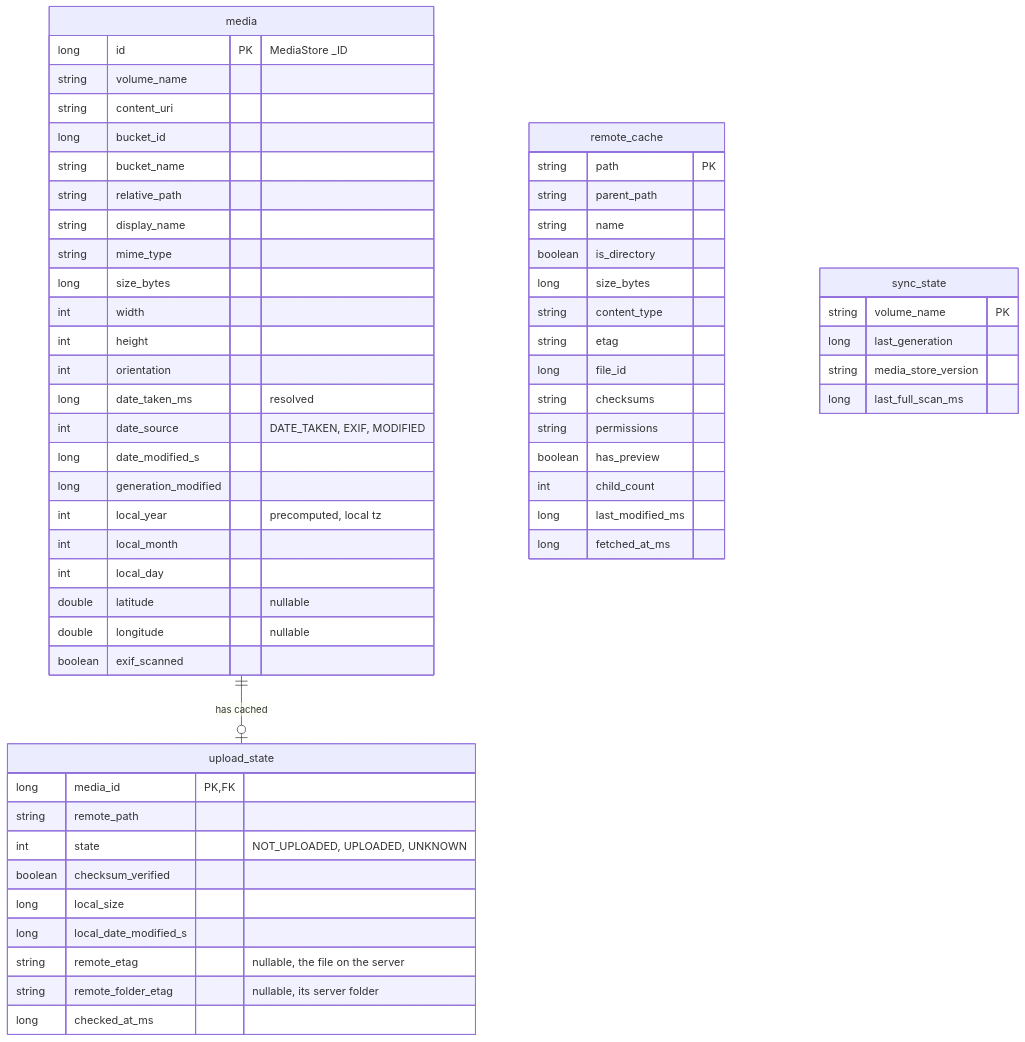
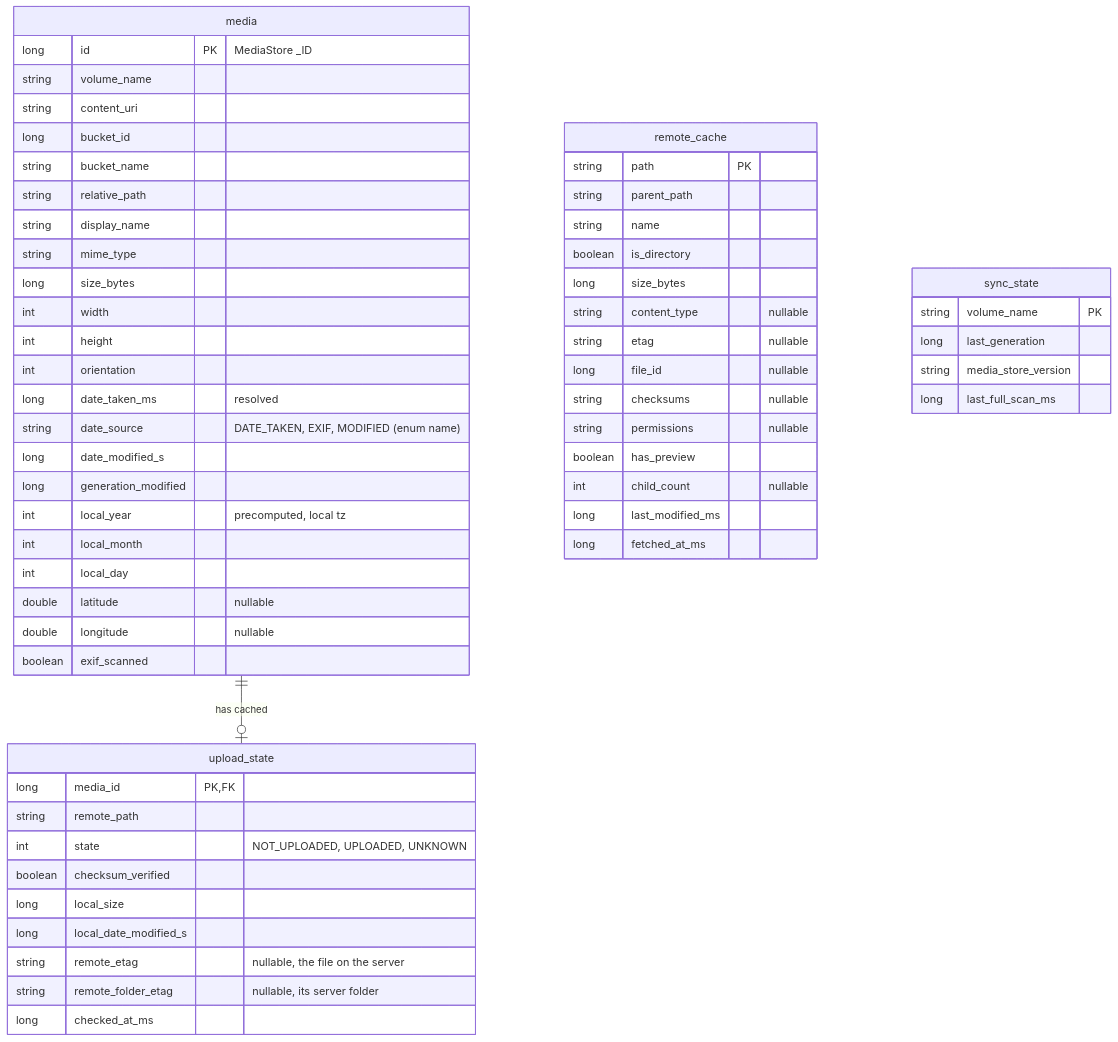
The third of 14 diagrams in docs/ARCHITECTURE.md (drehtuer/NextGalleryApp), drawn with Mermaid before and after one commit. The commit also changed other lines of this file and 6 other files, not shown here.

````diff
--- a/docs/ARCHITECTURE.md
+++ b/docs/ARCHITECTURE.md
@@ -442,62 +442,62 @@
 ```mermaid
 erDiagram
     media {
         long id PK "MediaStore _ID"
         string volume_name
         string content_uri
         long bucket_id
         string bucket_name
         string relative_path
         string display_name
         string mime_type
         long size_bytes
         int width
         int height
         int orientation
         long date_taken_ms "resolved"
-        int date_source "DATE_TAKEN, EXIF, MODIFIED"
+        string date_source "DATE_TAKEN, EXIF, MODIFIED (enum name)"
         long date_modified_s
         long generation_modified
         int local_year "precomputed, local tz"
         int local_month
         int local_day
         double latitude "nullable"
         double longitude "nullable"
         boolean exif_scanned
     }
     upload_state {
         long media_id PK, FK
         string remote_path
         int state "NOT_UPLOADED, UPLOADED, UNKNOWN"
         boolean checksum_verified
         long local_size
         long local_date_modified_s
         string remote_etag "nullable, the file on the server"
         string remote_folder_etag "nullable, its server folder"
         long checked_at_ms
     }
     remote_cache {
         string path PK
         string parent_path
         string name
         boolean is_directory
         long size_bytes
-        string content_type
-        string etag
-        long file_id
-        string checksums
-        string permissions
+        string content_type "nullable"
+        string etag "nullable"
+        long file_id "nullable"
+        string checksums "nullable"
+        string permissions "nullable"
         boolean has_preview
-        int child_count
+        int child_count "nullable"
         long last_modified_ms
         long fetched_at_ms
     }
     sync_state {
         string volume_name PK
         long last_generation
         string media_store_version
         long last_full_scan_ms
     }
 
     media ||--o| upload_state : "has cached"
 ```
````
